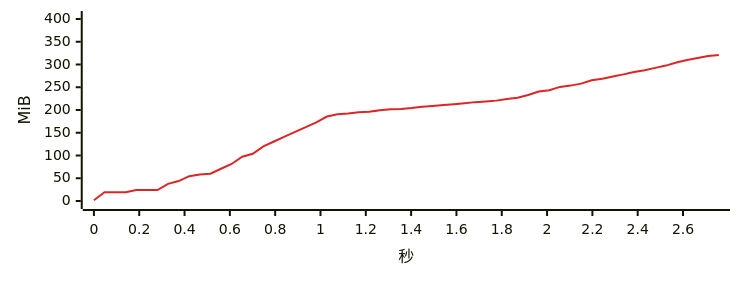
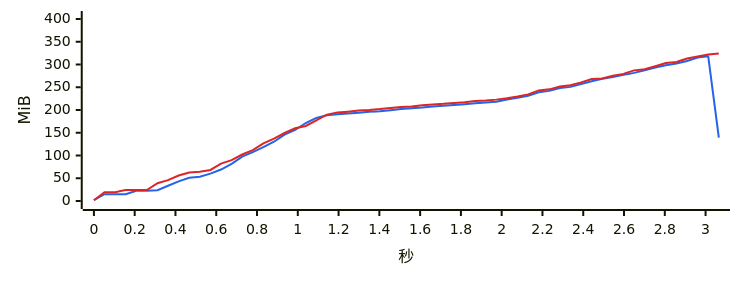
Before and after one commit to 334456777/WeFlow: diagram 14 of 17 in bench/v4.1.0/summary.md, drawn with Mermaid. The commit also changed other lines of this file and 3 other files, not shown here.

````diff
--- a/bench/v4.1.0/summary.md
+++ b/bench/v4.1.0/summary.md
@@ -419,7 +430,8 @@
 ```mermaid
-%%{init: {"xyChart": {"width": 720, "height": 260}, "themeVariables": {"xyChart": {"plotColorPalette": "#dc2626"}}}}%%
+%%{init: {"xyChart": {"width": 720, "height": 260}, "themeVariables": {"xyChart": {"plotColorPalette": "#2563eb, #dc2626"}}}}%%
 xychart-beta
-    x-axis "秒" 0 --> 2.758
+    x-axis "秒" 0 --> 3.065
     y-axis "MiB" 0 --> 400
-    line [1.8, 19.4, 19.4, 19.4, 24.1, 24.1, 24.1, 37.6, 43.8, 54.5, 58.2, 60.0, 70.9, 81.4, 97.3, 103.9, 119.9, 130.8, 141.4, 152.0, 162.5, 172.7, 185.7, 190.8, 192.3, 194.9, 196.2, 199.3, 201.4, 202.4, 204.4, 207.0, 209.0, 210.8, 212.9, 215.0, 217.3, 218.8, 220.6, 224.1, 226.9, 233.1, 240.6, 243.4, 250.8, 253.6, 258.0, 265.4, 268.8, 273.5, 278.3, 283.3, 287.5, 292.6, 297.6, 304.4, 309.9, 314.3, 318.9, 320.9]
+    line [1.8, 14.9, 14.9, 14.9, 22.3, 22.3, 23.8, 33.6, 43.2, 51.1, 53.5, 60.2, 69.1, 81.7, 97.6, 107.3, 118.4, 130.3, 145.8, 156.1, 171.4, 182.6, 188.4, 190.5, 192.5, 194.1, 195.9, 197.4, 199.5, 202.1, 203.9, 205.4, 207.7, 209.3, 210.8, 212.6, 214.9, 216.4, 218.0, 222.9, 226.8, 231.3, 238.8, 242.0, 248.2, 250.8, 257.1, 263.0, 268.7, 272.3, 277.2, 281.6, 287.3, 293.5, 298.3, 302.4, 307.6, 315.2, 318.1, 139.4]
+    line [1.8, 19.4, 19.4, 24.1, 24.1, 24.1, 39.0, 45.8, 55.9, 62.8, 64.5, 68.3, 82.1, 89.7, 102.2, 111.7, 126.5, 136.9, 149.4, 159.8, 164.9, 177.4, 189.9, 194.6, 196.4, 198.7, 200.0, 202.0, 204.6, 206.6, 207.7, 210.5, 212.3, 213.6, 215.6, 217.1, 219.7, 220.9, 222.8, 226.0, 229.8, 234.3, 243.0, 245.4, 251.7, 254.6, 260.7, 268.1, 269.4, 275.1, 279.4, 287.1, 289.7, 296.2, 303.1, 305.4, 313.1, 317.4, 322.0, 324.1]
 ```
````
